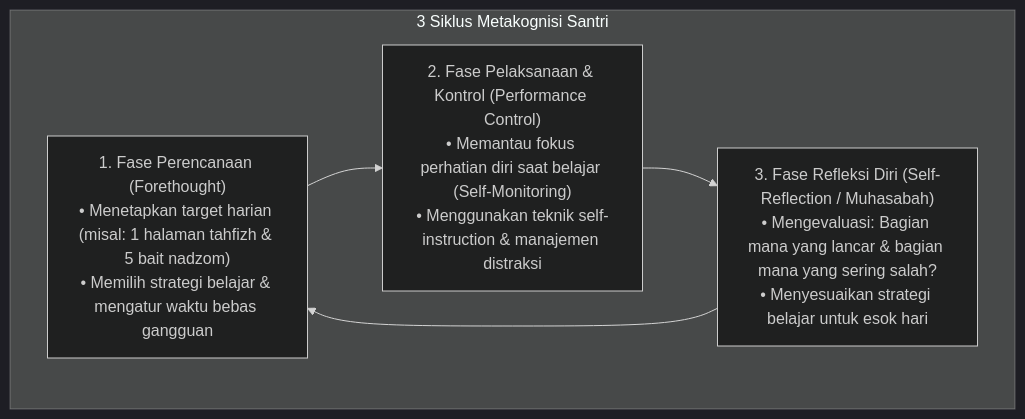
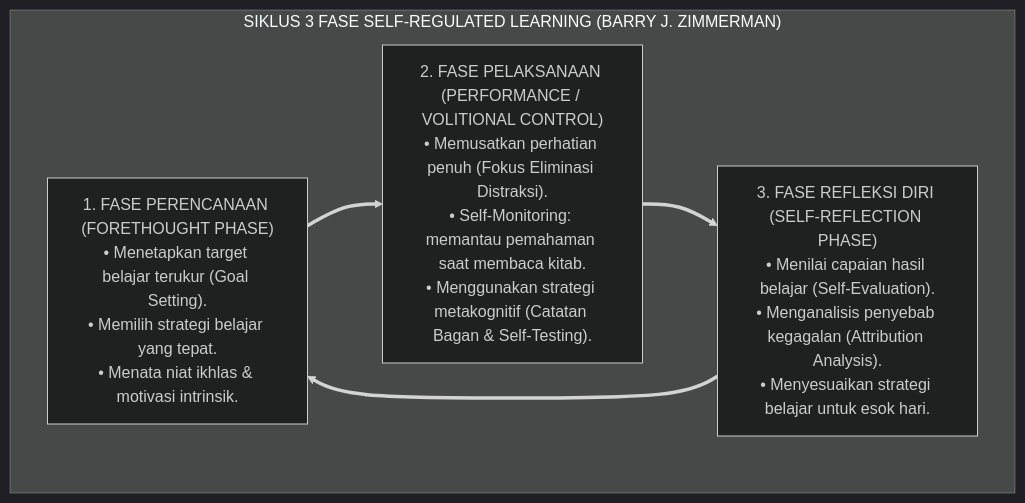
The third of 7 diagrams in 02 Principles/03 Learning Principles/P2-03-03-Prinsip-Metakognisi-dan-Kemandirian-Santri.md (wandiapriliyandi/tumbuh), drawn with Mermaid (dark theme) before and after one commit. The commit also changed other lines of this file and 42 other files, not shown here.

````diff
--- a/02 Principles/03 Learning Principles/P2-03-03-Prinsip-Metakognisi-dan-Kemandirian-Santri.md
+++ b/02 Principles/03 Learning Principles/P2-03-03-Prinsip-Metakognisi-dan-Kemandirian-Santri.md
@@ -10,9 +106,12 @@
 ```mermaid
-graph TD
-    subgraph Siklus_SRL_Zimmerman["3 Siklus Metakognisi Santri"]
-        S1["1. Fase Perencanaan (Forethought)<br/>• Menetapkan target harian (misal: 1 halaman tahfizh & 5 bait nadzom)<br/>• Memilih strategi belajar & mengatur waktu bebas gangguan"]
-        S2["2. Fase Pelaksanaan & Kontrol (Performance Control)<br/>• Memantau fokus perhatian diri saat belajar (Self-Monitoring)<br/>• Menggunakan teknik self-instruction & manajemen distraksi"]
-        S3["3. Fase Refleksi Diri (Self-Reflection / Muhasabah)<br/>• Mengevaluasi: Bagian mana yang lancar & bagian mana yang sering salah?<br/>• Menyesuaikan strategi belajar untuk esok hari"]
+flowchart TD
+    subgraph SiklusSRLZimmerman["SIKLUS 3 FASE SELF-REGULATED LEARNING (BARRY J. ZIMMERMAN)"]
+        Fase1["1. FASE PERENCANAAN (FORETHOUGHT PHASE)<br/>• Menetapkan target belajar terukur (Goal Setting).<br/>• Memilih strategi belajar yang tepat.<br/>• Menata niat ikhlas & motivasi intrinsik."]
+        
+        Fase2["2. FASE PELAKSANAAN (PERFORMANCE / VOLITIONAL CONTROL)<br/>• Memusatkan perhatian penuh (Fokus Eliminasi Distraksi).<br/>• Self-Monitoring: memantau pemahaman saat membaca kitab.<br/>• Menggunakan strategi metakognitif (Catatan Bagan & Self-Testing)."]
+        
+        Fase3["3. FASE REFLEKSI DIRI (SELF-REFLECTION PHASE)<br/>• Menilai capaian hasil belajar (Self-Evaluation).<br/>• Menganalisis penyebab kegagalan (Attribution Analysis).<br/>• Menyesuaikan strategi belajar untuk esok hari."]
+        
+        Fase1 ==> Fase2 ==> Fase3 ==> Fase1
     end
-    S1 --> S2 --> S3 --> S1
 ```
````
